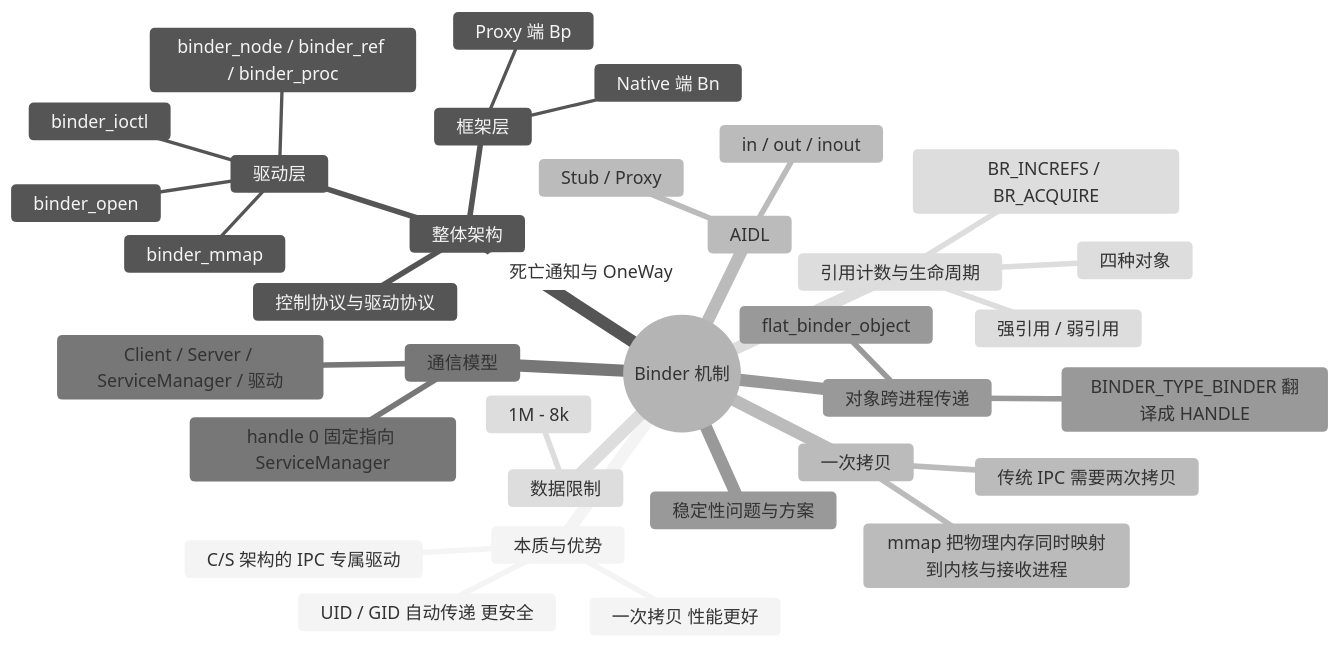
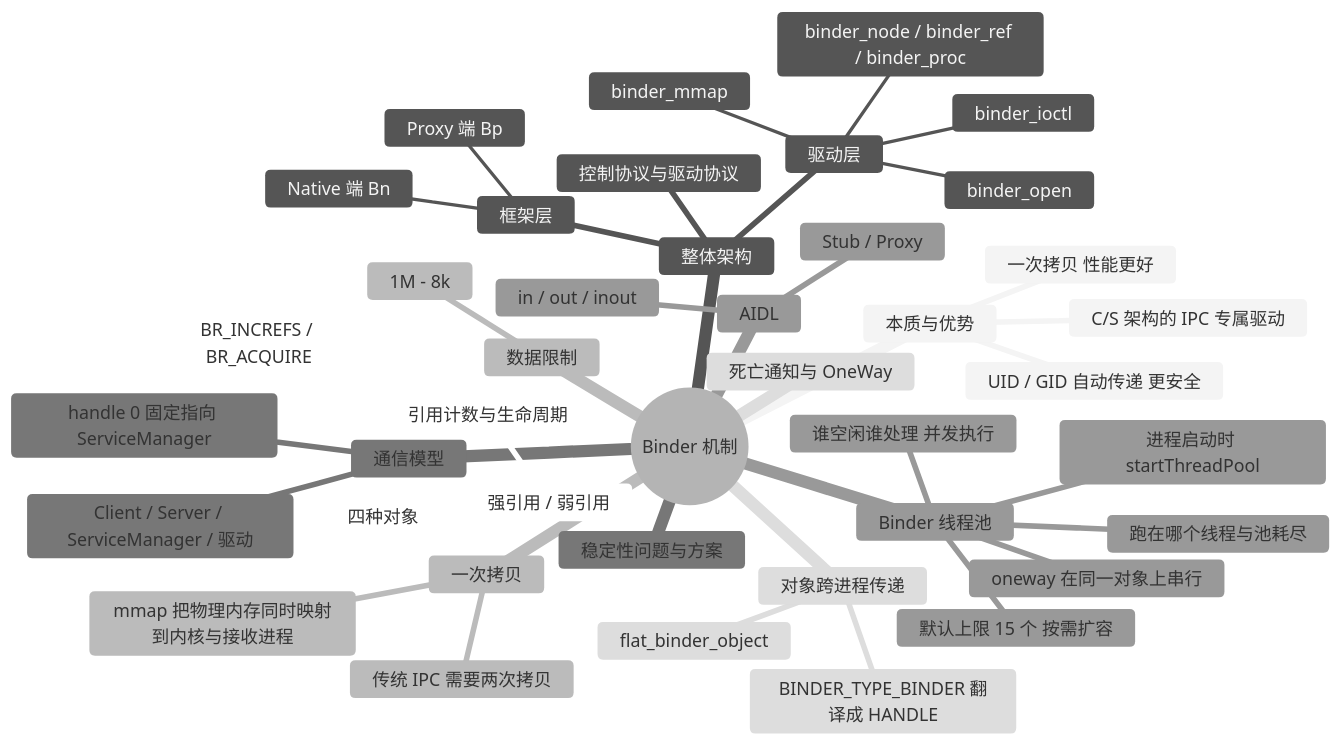
Before and after one commit to chaoyueLin/blog: the diagram in Android/Binder/Binder.md, drawn with Mermaid (neutral theme). The commit also changed other lines of this file, not shown here.

First line of the commit message:
文档整理：Binder 文档补充「Binder 线程池」一节

````diff
--- a/Android/Binder/Binder.md
+++ b/Android/Binder/Binder.md
@@ -3,38 +3,44 @@
 ```mermaid
 mindmap
   root((Binder 机制))
     本质与优势
       C/S 架构的 IPC 专属驱动
       一次拷贝 性能更好
       UID / GID 自动传递 更安全
     整体架构
       驱动层
         binder_open
         binder_mmap
         binder_ioctl
         binder_node / binder_ref / binder_proc
       框架层
         Proxy 端 Bp
         Native 端 Bn
       控制协议与驱动协议
     一次拷贝
       mmap 把物理内存同时映射到内核与接收进程
       传统 IPC 需要两次拷贝
     通信模型
       Client / Server / ServiceManager / 驱动
       handle 0 固定指向 ServiceManager
+    Binder 线程池
+      进程启动时 startThreadPool
+      默认上限 15 个 按需扩容
+      谁空闲谁处理 并发执行
+      oneway 在同一对象上串行
+      跑在哪个线程与池耗尽
     对象跨进程传递
       flat_binder_object
       BINDER_TYPE_BINDER 翻译成 HANDLE
     引用计数与生命周期
       四种对象
       强引用 / 弱引用
       BR_INCREFS / BR_ACQUIRE
     死亡通知与 OneWay
     数据限制
       1M - 8k
     AIDL
       in / out / inout
       Stub / Proxy
     稳定性问题与方案
 ```
````
